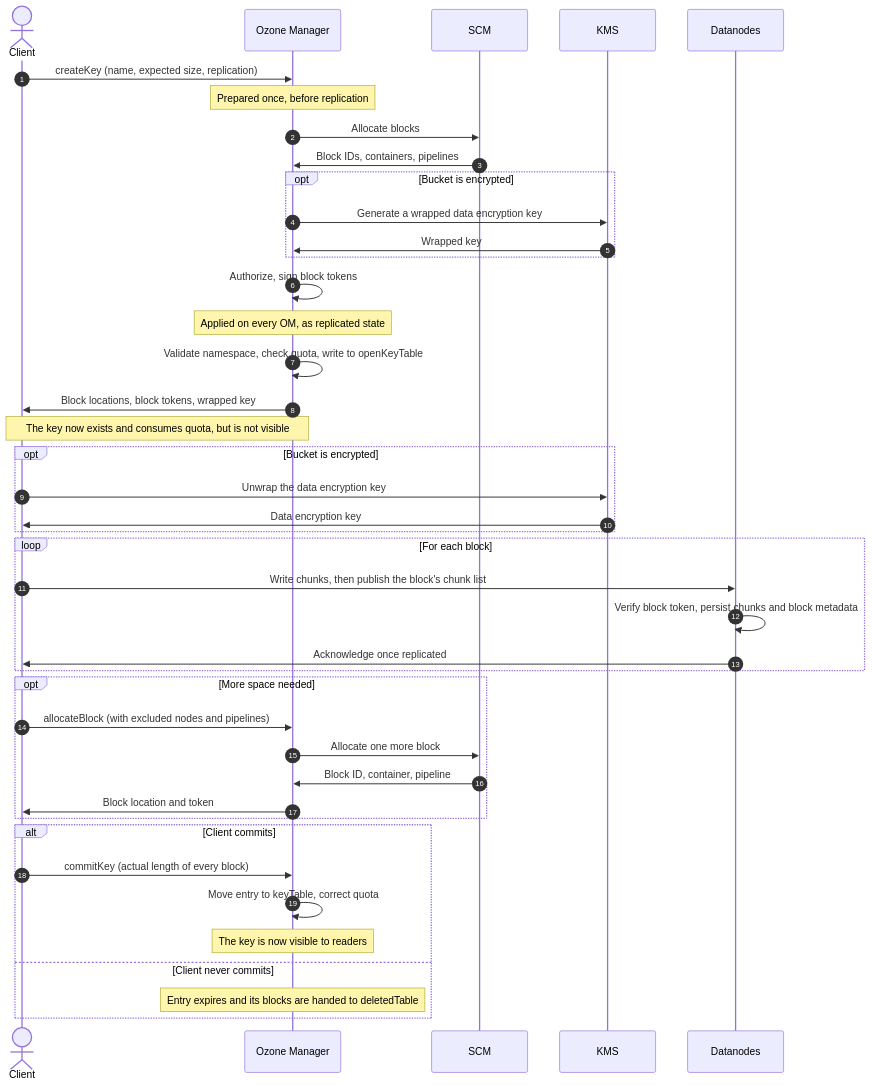
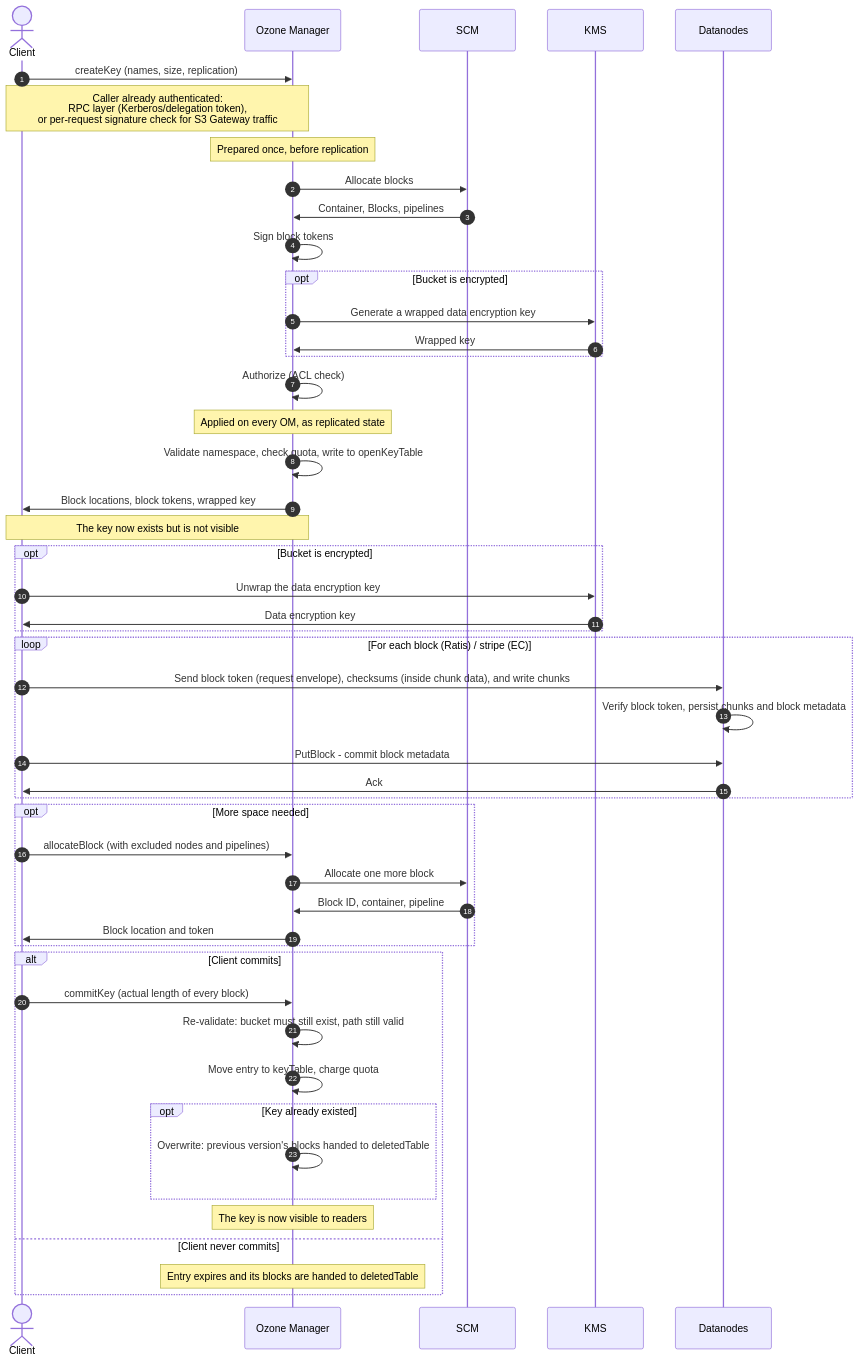
The first of 2 diagrams in docs/07-system-internals/02-data-operations/01-write.md (apache/ozone-site), drawn with Mermaid before and after one commit. The commit also changed other lines of this file, not shown here.

Commit message:
fix: v2 of write operation

````diff
--- a/docs/07-system-internals/02-data-operations/01-write.md
+++ b/docs/07-system-internals/02-data-operations/01-write.md
@@ -16,52 +16,59 @@
 ```mermaid
 sequenceDiagram
     autonumber
     actor Client
     participant OM as Ozone Manager
     participant SCM
     participant KMS
     participant DN as Datanodes
 
-    Client->>OM: createKey (name, expected size, replication)
+    Client->>OM: createKey (names, size, replication)
+    Note over Client,OM: Caller already authenticated: <br/>RPC layer (Kerberos/delegation token),<br/> or per-request signature check for S3 Gateway traffic
 
     Note over OM: Prepared once, before replication
     OM->>SCM: Allocate blocks
-    SCM->>OM: Block IDs, containers, pipelines
+    SCM->>OM: Container, Blocks, pipelines
+    OM->>OM: Sign block tokens
     opt Bucket is encrypted
         OM->>KMS: Generate a wrapped data encryption key
         KMS->>OM: Wrapped key
     end
-    OM->>OM: Authorize, sign block tokens
+    OM->>OM: Authorize (ACL check)
 
     Note over OM: Applied on every OM, as replicated state
     OM->>OM: Validate namespace, check quota, write to openKeyTable
 
     OM->>Client: Block locations, block tokens, wrapped key
-    Note over Client,OM: The key now exists and consumes quota, but is not visible
+    Note over Client,OM: The key now exists but is not visible
 
     opt Bucket is encrypted
         Client->>KMS: Unwrap the data encryption key
         KMS->>Client: Data encryption key
     end
 
-    loop For each block
-        Client->>DN: Write chunks, then publish the block's chunk list
+    loop For each block (Ratis) / stripe (EC)
+        Client->>DN: Send block token (request envelope), checksums (inside chunk data), and write chunks
         DN->>DN: Verify block token, persist chunks and block metadata
-        DN->>Client: Acknowledge once replicated
+        Client->>DN: PutBlock - commit block metadata
+        DN->>Client: Ack
     end
 
     opt More space needed
         Client->>OM: allocateBlock (with excluded nodes and pipelines)
         OM->>SCM: Allocate one more block
         SCM->>OM: Block ID, container, pipeline
         OM->>Client: Block location and token
     end
 
     alt Client commits
         Client->>OM: commitKey (actual length of every block)
-        OM->>OM: Move entry to keyTable, correct quota
+        OM->>OM: Re-validate: bucket must still exist, path still valid
+        OM->>OM: Move entry to keyTable, charge quota
+        opt Key already existed
+            OM->>OM: Overwrite: previous version's blocks handed to deletedTable
+        end
         Note over OM: The key is now visible to readers
     else Client never commits
         Note over OM: Entry expires and its blocks are handed to deletedTable
     end
 ```
````
